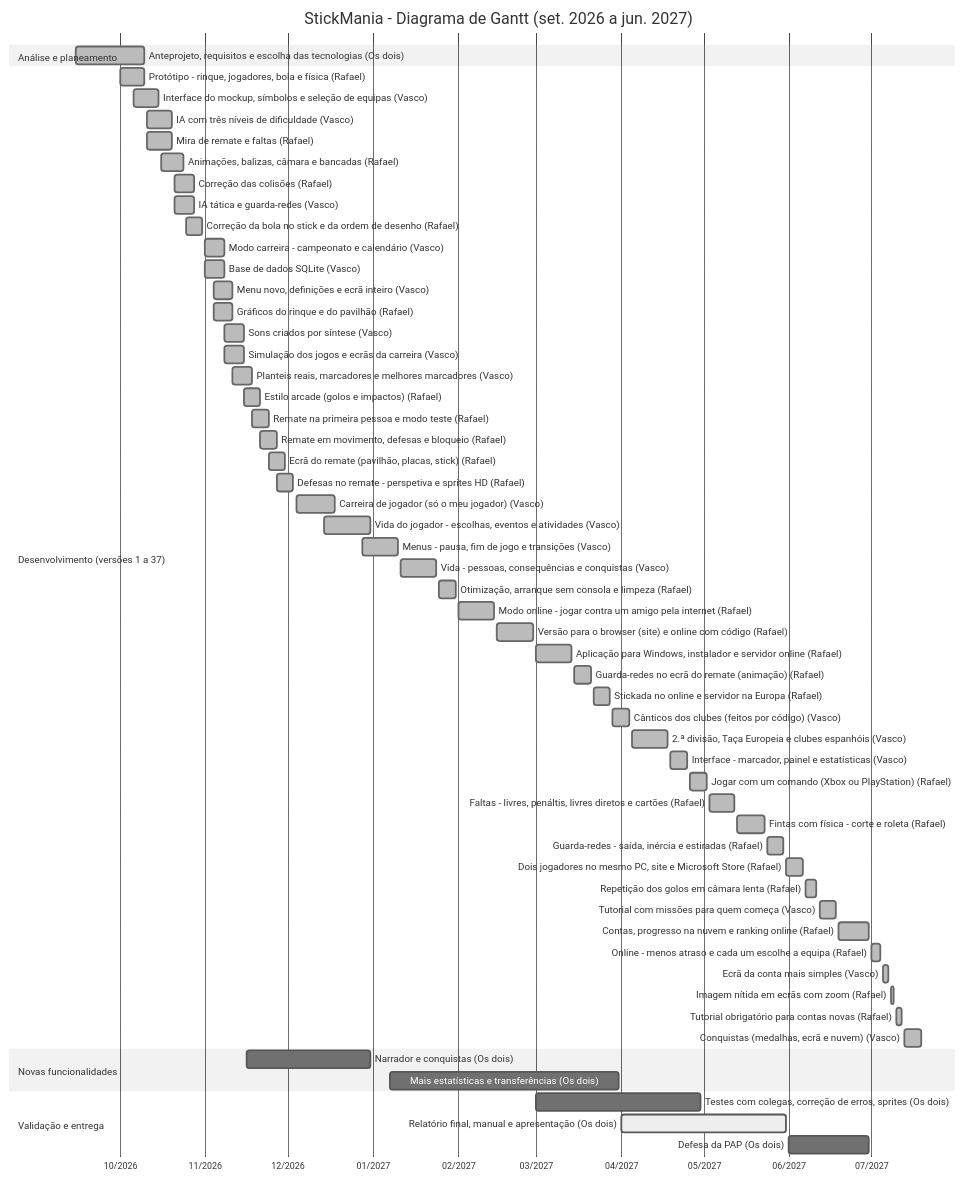
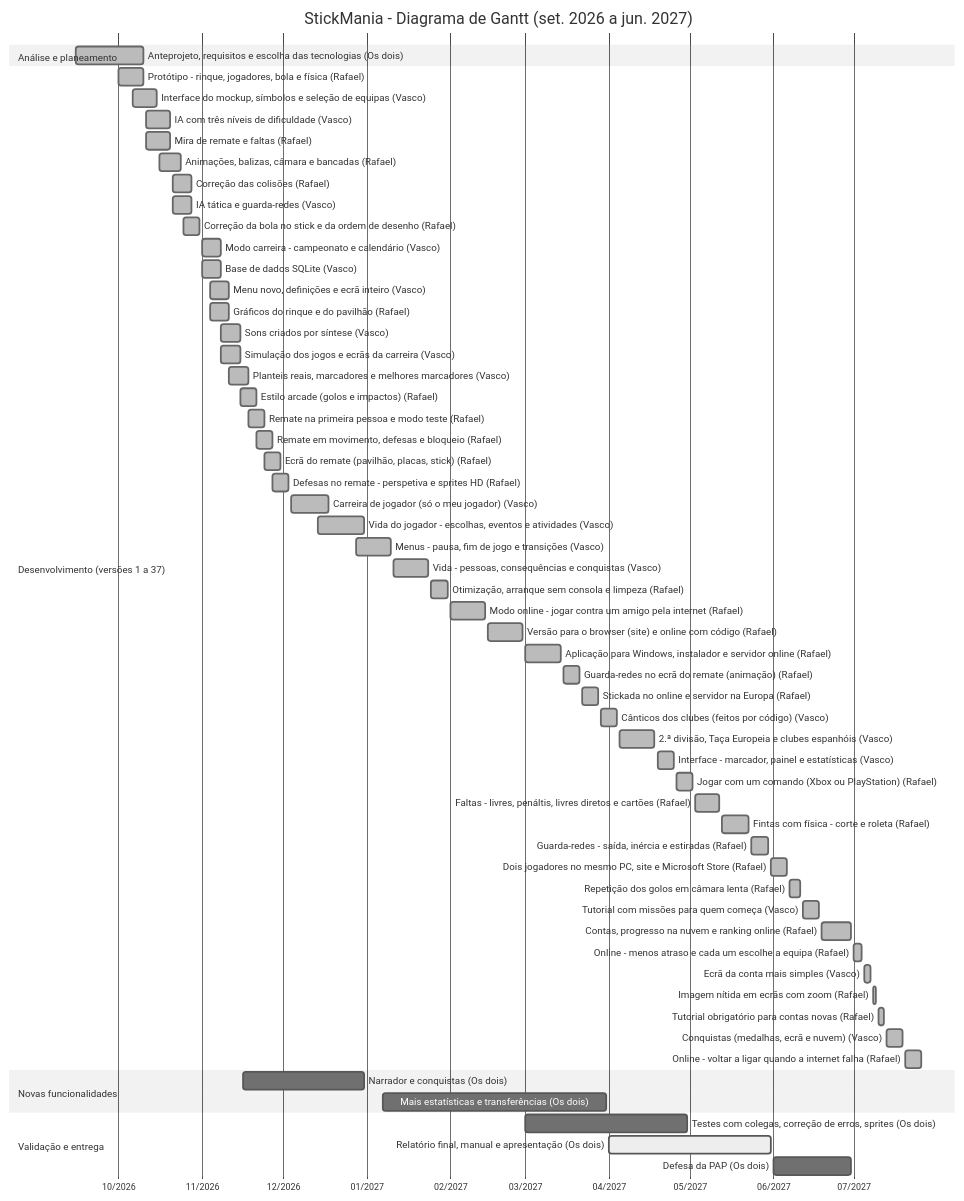
The diagram in docs/GANTT.md (RafaelSilveira23/Stickmaniapap), drawn with Mermaid (neutral theme) before and after one commit. The commit also changed other lines of this file and 18 other files, not shown here.

First line of the commit message:
Online: voltar a ligar quando a internet falha a meio do jogo (versao 47)

````diff
--- a/docs/GANTT.md
+++ b/docs/GANTT.md
@@ -13,64 +13,65 @@
 ```mermaid
 gantt
     title StickMania - Diagrama de Gantt (set. 2026 a jun. 2027)
     dateFormat YYYY-MM-DD
     axisFormat %m/%Y
     tickInterval 1month
     todayMarker off
     section Análise e planeamento
     Anteprojeto, requisitos e escolha das tecnologias (Os dois) :done, t1, 2026-09-15, 2026-10-10
     section Desenvolvimento (versões 1 a 37)
     Protótipo - rinque, jogadores, bola e física (Rafael) :done, t2, 2026-10-01, 2026-10-10
     Interface do mockup, símbolos e seleção de equipas (Vasco) :done, t3, 2026-10-06, 2026-10-15
     IA com três níveis de dificuldade (Vasco) :done, t4, 2026-10-11, 2026-10-20
     Mira de remate e faltas (Rafael) :done, t5, 2026-10-11, 2026-10-20
     Animações, balizas, câmara e bancadas (Rafael) :done, t6, 2026-10-16, 2026-10-24
     Correção das colisões (Rafael) :done, t7, 2026-10-21, 2026-10-28
     IA tática e guarda-redes (Vasco) :done, t8, 2026-10-21, 2026-10-28
     Correção da bola no stick e da ordem de desenho (Rafael) :done, t9, 2026-10-25, 2026-10-31
     Modo carreira - campeonato e calendário (Vasco) :done, t10, 2026-11-01, 2026-11-08
     Base de dados SQLite (Vasco) :done, t11, 2026-11-01, 2026-11-08
     Menu novo, definições e ecrã inteiro (Vasco) :done, t12, 2026-11-04, 2026-11-11
     Gráficos do rinque e do pavilhão (Rafael) :done, t13, 2026-11-04, 2026-11-11
     Sons criados por síntese (Vasco) :done, t14, 2026-11-08, 2026-11-15
     Simulação dos jogos e ecrãs da carreira (Vasco) :done, t15, 2026-11-08, 2026-11-15
     Planteis reais, marcadores e melhores marcadores (Vasco) :done, t16, 2026-11-11, 2026-11-18
     Estilo arcade (golos e impactos) (Rafael) :done, t17, 2026-11-15, 2026-11-21
     Remate na primeira pessoa e modo teste (Rafael) :done, t18, 2026-11-18, 2026-11-24
     Remate em movimento, defesas e bloqueio (Rafael) :done, t19, 2026-11-21, 2026-11-27
     Ecrã do remate (pavilhão, placas, stick) (Rafael) :done, t20, 2026-11-24, 2026-11-30
     Defesas no remate - perspetiva e sprites HD (Rafael) :done, t21, 2026-11-27, 2026-12-03
     Carreira de jogador (só o meu jogador) (Vasco) :done, t22, 2026-12-04, 2026-12-18
     Vida do jogador - escolhas, eventos e atividades (Vasco) :done, t23, 2026-12-14, 2026-12-31
     Menus - pausa, fim de jogo e transições (Vasco) :done, t24, 2026-12-28, 2027-01-10
     Vida - pessoas, consequências e conquistas (Vasco) :done, t25, 2027-01-11, 2027-01-24
     Otimização, arranque sem consola e limpeza (Rafael) :done, t26, 2027-01-25, 2027-01-31
     Modo online - jogar contra um amigo pela internet (Rafael) :done, t27, 2027-02-01, 2027-02-14
     Versão para o browser (site) e online com código (Rafael) :done, t28, 2027-02-15, 2027-02-28
     Aplicação para Windows, instalador e servidor online (Rafael) :done, t29, 2027-03-01, 2027-03-14
     Guarda-redes no ecrã do remate (animação) (Rafael) :done, t30, 2027-03-15, 2027-03-21
     Stickada no online e servidor na Europa (Rafael) :done, t31, 2027-03-22, 2027-03-28
     Cânticos dos clubes (feitos por código) (Vasco) :done, t32, 2027-03-29, 2027-04-04
     2.ª divisão, Taça Europeia e clubes espanhóis (Vasco) :done, t33, 2027-04-05, 2027-04-18
     Interface - marcador, painel e estatísticas (Vasco) :done, t34, 2027-04-19, 2027-04-25
     Jogar com um comando (Xbox ou PlayStation) (Rafael) :done, t35, 2027-04-26, 2027-05-02
     Faltas - livres, penáltis, livres diretos e cartões (Rafael) :done, t36, 2027-05-03, 2027-05-12
     Fintas com física - corte e roleta (Rafael) :done, t37, 2027-05-13, 2027-05-23
     Guarda-redes - saída, inércia e estiradas (Rafael) :done, t38, 2027-05-24, 2027-05-30
     Dois jogadores no mesmo PC, site e Microsoft Store (Rafael) :done, t39, 2027-05-31, 2027-06-06
     Repetição dos golos em câmara lenta (Rafael) :done, t40, 2027-06-07, 2027-06-11
     Tutorial com missões para quem começa (Vasco) :done, t41, 2027-06-12, 2027-06-18
     Contas, progresso na nuvem e ranking online (Rafael) :done, t42, 2027-06-19, 2027-06-30
     Online - menos atraso e cada um escolhe a equipa (Rafael) :done, t43, 2027-07-01, 2027-07-04
     Ecrã da conta mais simples (Vasco) :done, t44, 2027-07-05, 2027-07-07
     Imagem nítida em ecrãs com zoom (Rafael) :done, t45, 2027-07-08, 2027-07-09
     Tutorial obrigatório para contas novas (Rafael) :done, t46, 2027-07-10, 2027-07-12
     Conquistas (medalhas, ecrã e nuvem) (Vasco) :done, t47, 2027-07-13, 2027-07-19
+    Online - voltar a ligar quando a internet falha (Rafael) :done, t48, 2027-07-20, 2027-07-26
     section Novas funcionalidades
-    Narrador e conquistas (Os dois) :t48, 2026-11-16, 2026-12-31
-    Mais estatísticas e transferências (Os dois) :t49, 2027-01-07, 2027-03-31
+    Narrador e conquistas (Os dois) :t49, 2026-11-16, 2026-12-31
+    Mais estatísticas e transferências (Os dois) :t50, 2027-01-07, 2027-03-31
     section Validação e entrega
-    Testes com colegas, correção de erros, sprites (Os dois) :t50, 2027-03-01, 2027-04-30
-    Relatório final, manual e apresentação (Os dois) :active, t51, 2027-04-01, 2027-05-31
-    Defesa da PAP (Os dois) :t52, 2027-06-01, 2027-06-30
+    Testes com colegas, correção de erros, sprites (Os dois) :t51, 2027-03-01, 2027-04-30
+    Relatório final, manual e apresentação (Os dois) :active, t52, 2027-04-01, 2027-05-31
+    Defesa da PAP (Os dois) :t53, 2027-06-01, 2027-06-30
 ```
````
